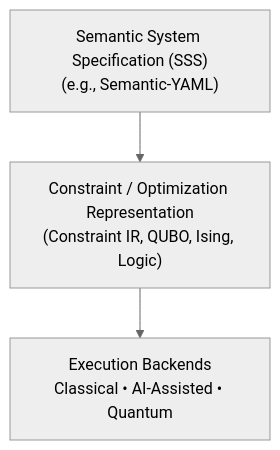
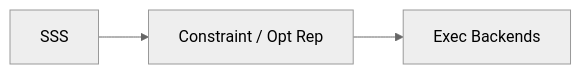
Before and after one commit to cpsc-computing/.github: the ninth of 9 diagrams in patents/CPSC-CPAC-Provisional-2026-01.md, drawn with Mermaid (neutral theme). The commit also changed other lines of this file and 8 other files, not shown here.

Commit message:
Add md2pdf-based provisional renderer and normalize Mermaid figures

````diff
--- a/patents/CPSC-CPAC-Provisional-2026-01.md
+++ b/patents/CPSC-CPAC-Provisional-2026-01.md
@@ -366,9 +374,10 @@
 ```mermaid
-flowchart TD
-    A["Semantic System Specification (SSS)\n(e.g., Semantic-YAML)"]
-    B["Constraint / Optimization Representation\n(Constraint IR, QUBO, Ising, Logic)"]
-    C["Execution Backends\nClassical • AI-Assisted • Quantum"]
+%%{init: {'flowchart': {'useMaxWidth': false}}}%%
+flowchart LR
+    A[SSS]
+    B[Constraint / Opt Rep]
+    C[Exec Backends]
 
     A --> B
     B --> C
 ```
````
